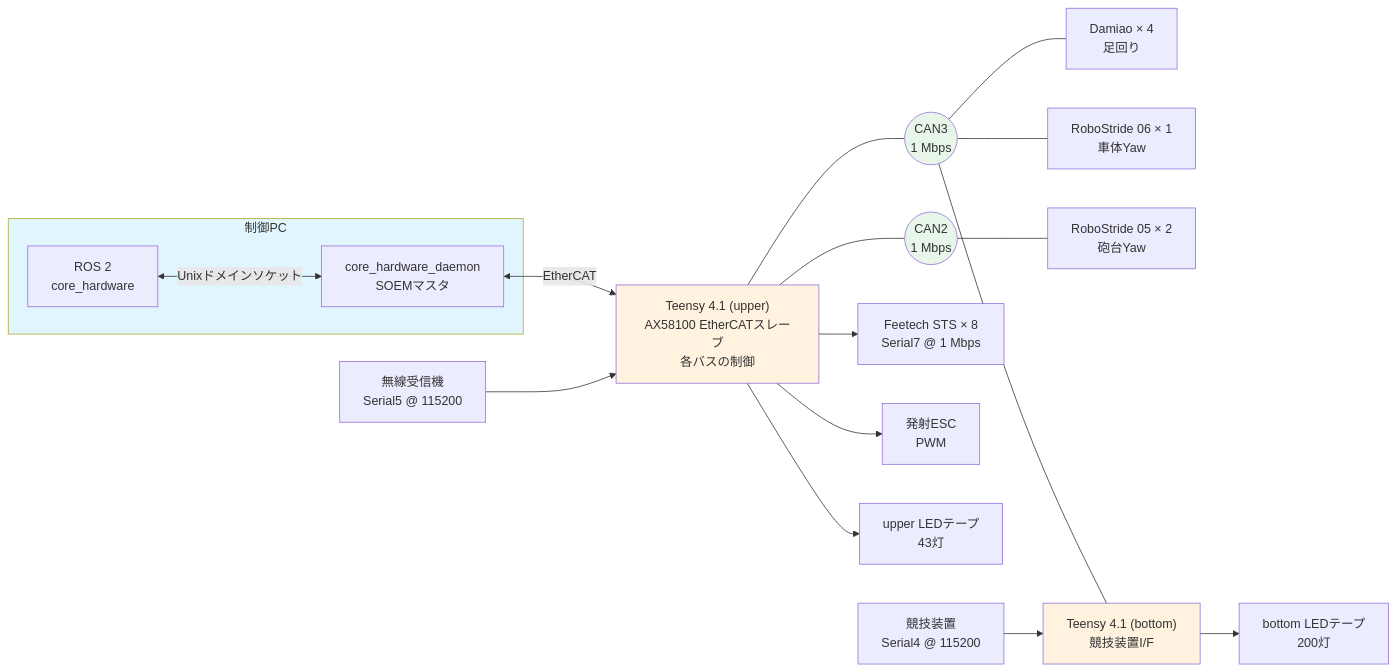
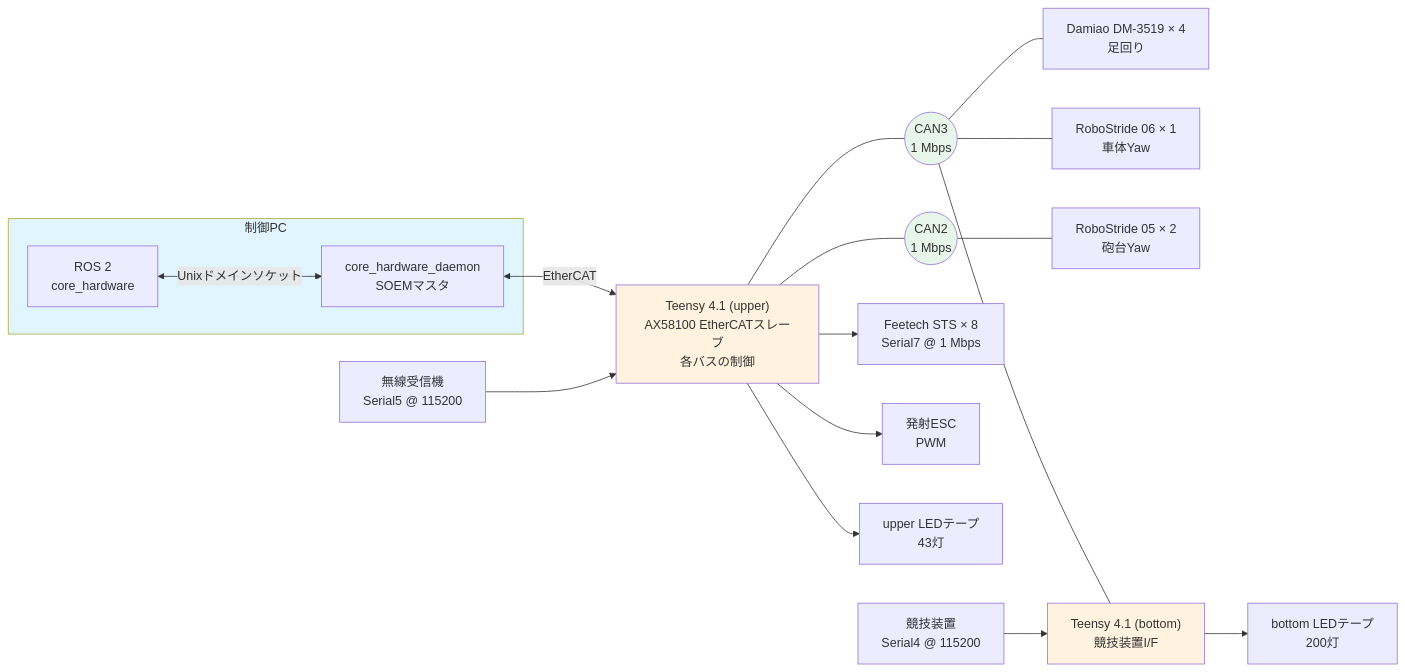
The diagram in docs/circuit/index.md (team-continue/core2026), drawn with Mermaid before and after one commit. The commit also changed other lines of this file and 5 other files, not shown here.

````diff
--- a/docs/circuit/index.md
+++ b/docs/circuit/index.md
@@ -18,42 +18,42 @@
 ```mermaid
 flowchart LR
     subgraph Host["制御PC"]
         ROS2["ROS 2<br/>core_hardware"]
         Daemon["core_hardware_daemon<br/>SOEMマスタ"]
         ROS2 <-->|"Unixドメインソケット"| Daemon
     end
 
     Upper["Teensy 4.1 (upper)<br/>AX58100 EtherCATスレーブ<br/>各バスの制御"]
     CAN3(("CAN3<br/>1 Mbps"))
     CAN2(("CAN2<br/>1 Mbps"))
-    Damiao["Damiao × 4<br/>足回り"]
+    Damiao["Damiao DM-3519 × 4<br/>足回り"]
     RS06["RoboStride 06 × 1<br/>車体Yaw"]
     RS05["RoboStride 05 × 2<br/>砲台Yaw"]
     Bottom["Teensy 4.1 (bottom)<br/>競技装置I/F"]
     Feetech["Feetech STS × 8<br/>Serial7 @ 1 Mbps"]
     ESC["発射ESC<br/>PWM"]
     Wireless["無線受信機<br/>Serial5 @ 115200"]
     LedUpper["upper LEDテープ<br/>43灯"]
     LedBottom["bottom LEDテープ<br/>200灯"]
     Field["競技装置<br/>Serial4 @ 115200"]
 
     Daemon <-->|"EtherCAT"| Upper
     Upper --- CAN3
     CAN3 --- Damiao
     CAN3 --- RS06
     CAN3 --- Bottom
     Upper --- CAN2
     CAN2 --- RS05
     Upper --> Feetech
     Upper --> ESC
     Wireless --> Upper
     Upper --> LedUpper
     Bottom --> LedBottom
     Field --> Bottom
 
     style Host fill:#e1f5fe,color:#333
     style Upper fill:#fff3e0,color:#333
     style Bottom fill:#fff3e0,color:#333
     style CAN3 fill:#e8f5e9,color:#333
     style CAN2 fill:#e8f5e9,color:#333
 ```
````
